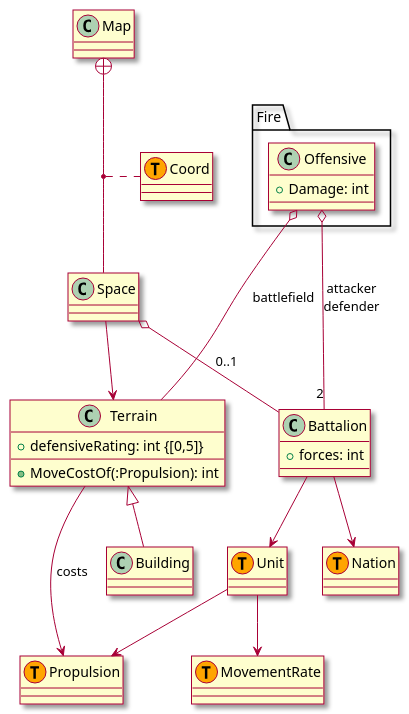
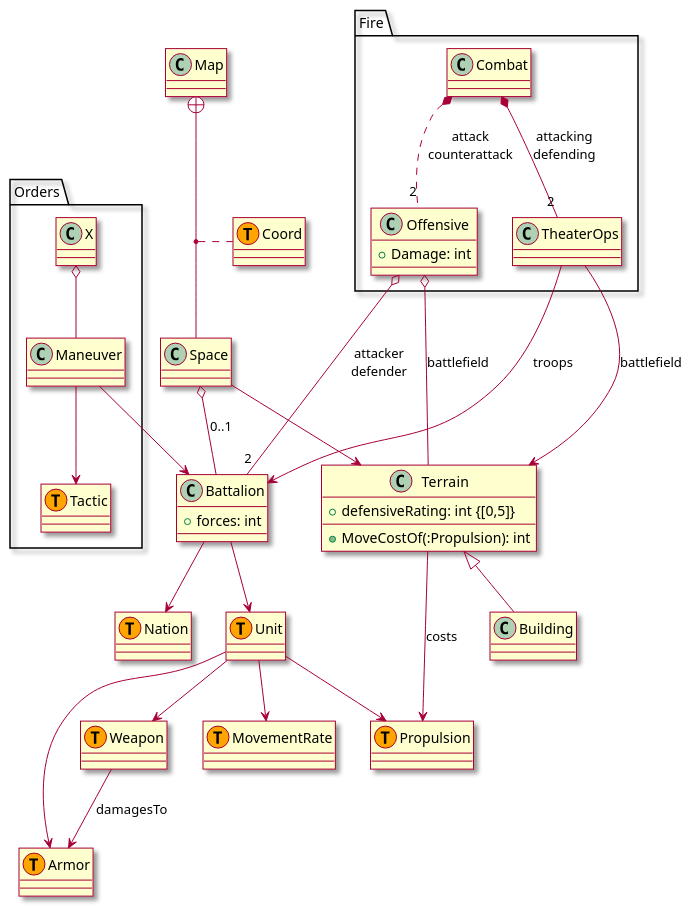
Before and after one commit to RicardoGuzmanVelasco/AdvanceWars: the diagram in Assets/AdvanceWars/Documentation~/Classes.puml, drawn with PlantUML.

Commit message:
docs: update classes diagram with fire subsystem

```diff
--- a/Assets/AdvanceWars/Documentation~/Classes.puml
+++ b/Assets/AdvanceWars/Documentation~/Classes.puml
@@ -1,38 +1,61 @@
 @startuml
 skin rose
 
 class Propulsion <<(T, Orange)>>
 class Terrain{
     +defensiveRating: int {[0,5]}
     +MoveCostOf(:Propulsion): int
 }
 class Battalion{
     +forces: int
 }
 class Unit <<(T, Orange)>>
 class MovementRate <<(T, Orange)>>
 class Nation <<(T, Orange)>>
 class Map
 class Space
 class Coord <<(T, orange)>>
+class Armor <<(T, Orange)>>
+class Weapon <<(T, Orange)>>
+
+package Orders{
+class Tactic <<(T, Orange)>>
+class Maneuver
+class X
+}
+
 package Fire{
+class Combat
 class Offensive{
 +Damage: int
 }
+class TheaterOps
+
+Combat *.. "2" Offensive : attack\ncounterattack
+Combat *-- "2" TheaterOps : attacking\ndefending
+
+TheaterOps --> Terrain : battlefield
+TheaterOps --> Battalion : troops
 }
 
 Unit --> Propulsion
 Unit --> MovementRate
+Unit --> Armor
 Map +-- Space
 (Map, Space) .. Coord
 Space --> Terrain
 Terrain --> Propulsion : costs
 Battalion --> Nation
 Space o-- Battalion : 0..1
 Battalion --> Unit
 Building -u-|> Terrain
+Unit --> Weapon
+Weapon --> Armor : damagesTo
 
 Offensive o--- "2" Battalion : attacker\ndefender
 Offensive o--- Terrain : battlefield
+X o-- Maneuver
+Maneuver --> Battalion
+Maneuver --> Tactic
 
 @enduml
```
